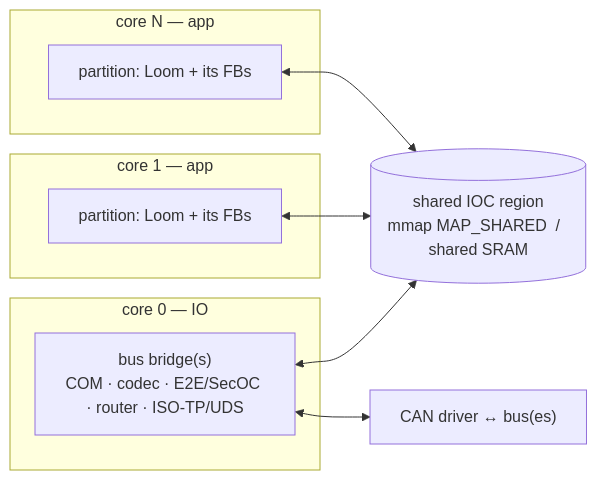
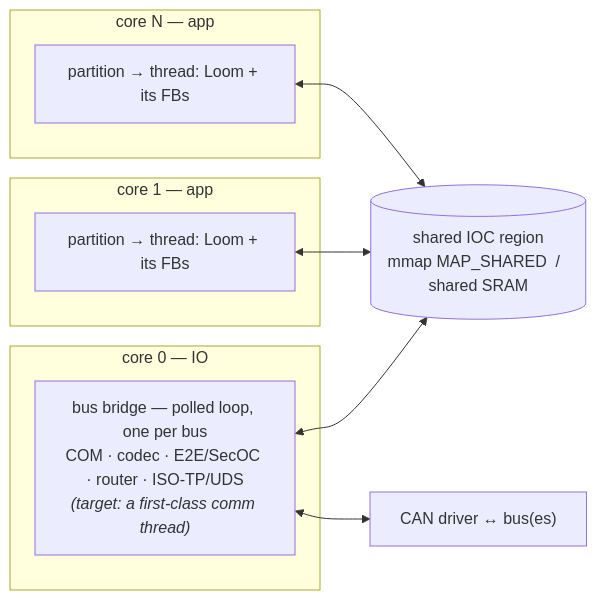
Before and after one commit to MartenH/blobly_emb: the second of 3 diagrams in docs/architecture.md, drawn with Mermaid. The commit also changed other lines of this file, not shown here.

First line of the commit message:
docs/architecture: thread model + comm-thread scheduling + ecucheck (#53)

````diff
--- a/docs/architecture.md
+++ b/docs/architecture.md
@@ -78,19 +78,19 @@
 ```mermaid
 graph LR
   subgraph c0["core 0 — IO"]
-    BR["bus bridge(s)<br/>COM · codec · E2E/SecOC · router · ISO-TP/UDS"]
+    BR["bus bridge — polled loop, one per bus<br/>COM · codec · E2E/SecOC · router · ISO-TP/UDS<br/><i>(target: a first-class comm thread)</i>"]
   end
   subgraph c1["core 1 — app"]
-    PA["partition: Loom + its FBs"]
+    PA["partition → thread: Loom + its FBs"]
   end
   subgraph cn["core N — app"]
-    PB["partition: Loom + its FBs"]
+    PB["partition → thread: Loom + its FBs"]
   end
   SHM[("shared IOC region<br/>mmap MAP_SHARED  /  shared SRAM")]
   CAN["CAN driver ↔ bus(es)"]
 
   BR <--> SHM
   PA <--> SHM
   PB <--> SHM
   BR <--> CAN
 ```
````
